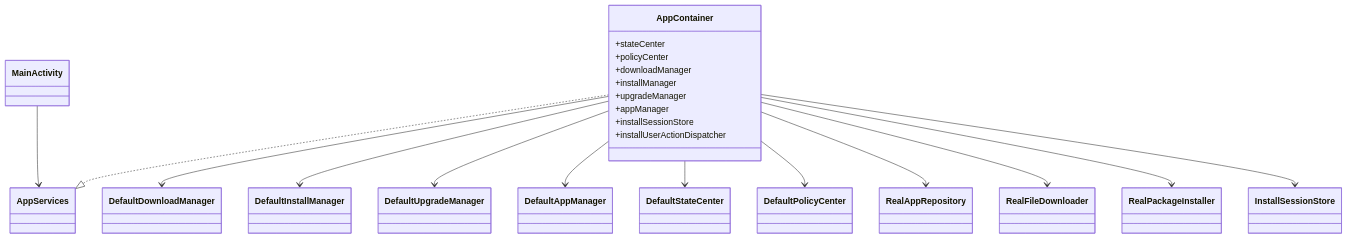
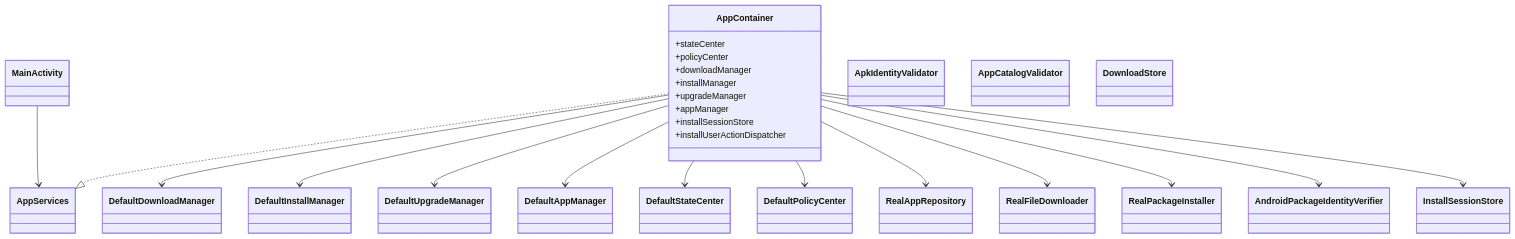
One commit to XZQ/CarAppStore changed the first of 4 diagrams in docs/04-类图与关系图.md. Above: the diagram before and after it, drawn with Mermaid. The commit also changed other lines of this file and 18 other files, not shown here.

````diff
--- a/docs/04-类图与关系图.md
+++ b/docs/04-类图与关系图.md
@@ -5,40 +5,45 @@
 ```mermaid
 classDiagram
 
 class AppContainer {
   +stateCenter
   +policyCenter
   +downloadManager
   +installManager
   +upgradeManager
   +appManager
   +installSessionStore
   +installUserActionDispatcher
 }
 
 class AppServices
 class MainActivity
 class DefaultDownloadManager
 class DefaultInstallManager
 class DefaultUpgradeManager
 class DefaultAppManager
 class DefaultStateCenter
 class DefaultPolicyCenter
 class RealAppRepository
 class RealFileDownloader
 class RealPackageInstaller
+class AndroidPackageIdentityVerifier
+class ApkIdentityValidator
+class AppCatalogValidator
+class DownloadStore
 class InstallSessionStore
 
 AppContainer ..|> AppServices
 MainActivity --> AppServices
 AppContainer --> DefaultDownloadManager
 AppContainer --> DefaultInstallManager
 AppContainer --> DefaultUpgradeManager
 AppContainer --> DefaultAppManager
 AppContainer --> DefaultStateCenter
 AppContainer --> DefaultPolicyCenter
 AppContainer --> RealAppRepository
 AppContainer --> RealFileDownloader
 AppContainer --> RealPackageInstaller
+AppContainer --> AndroidPackageIdentityVerifier
 AppContainer --> InstallSessionStore
 ```
````
